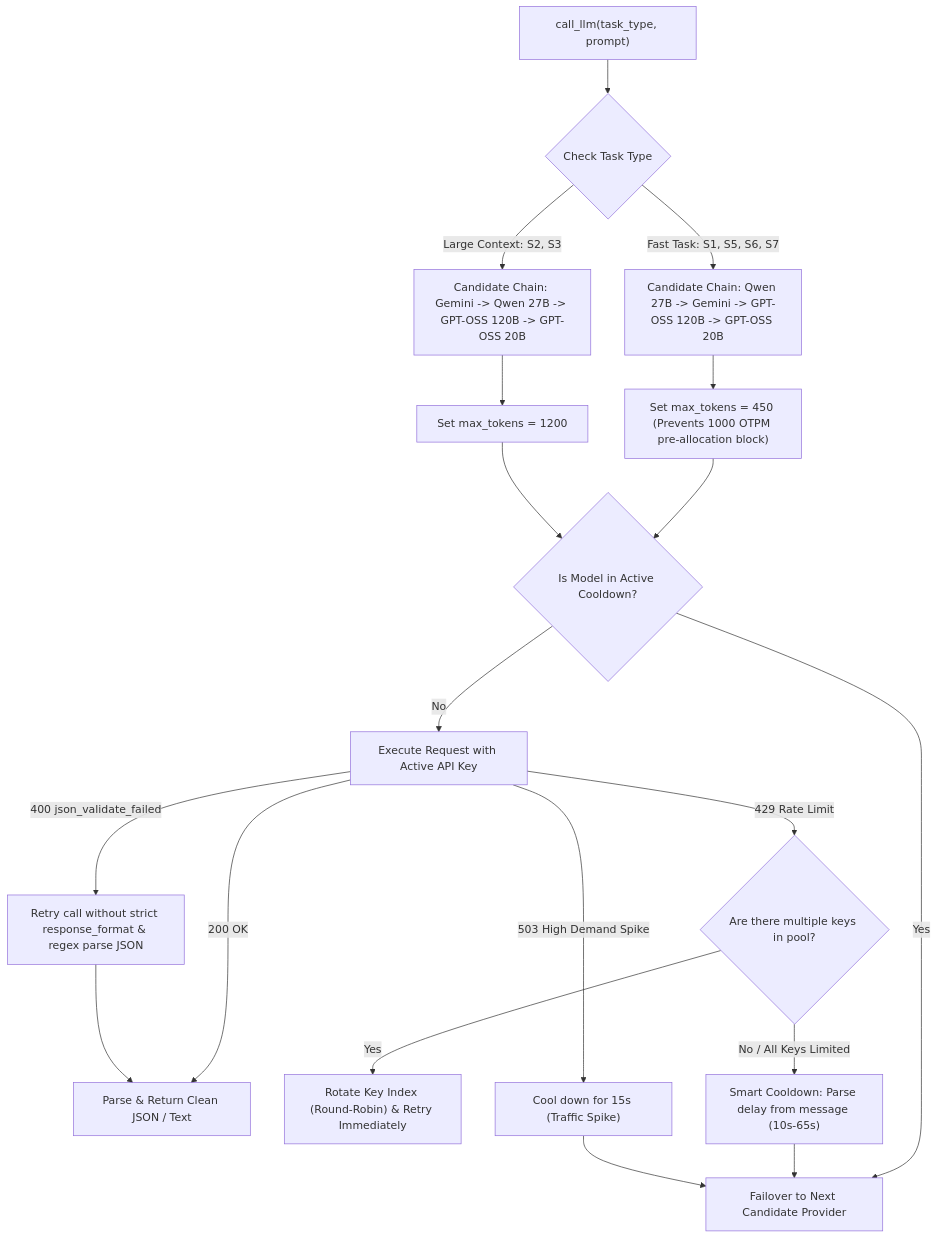
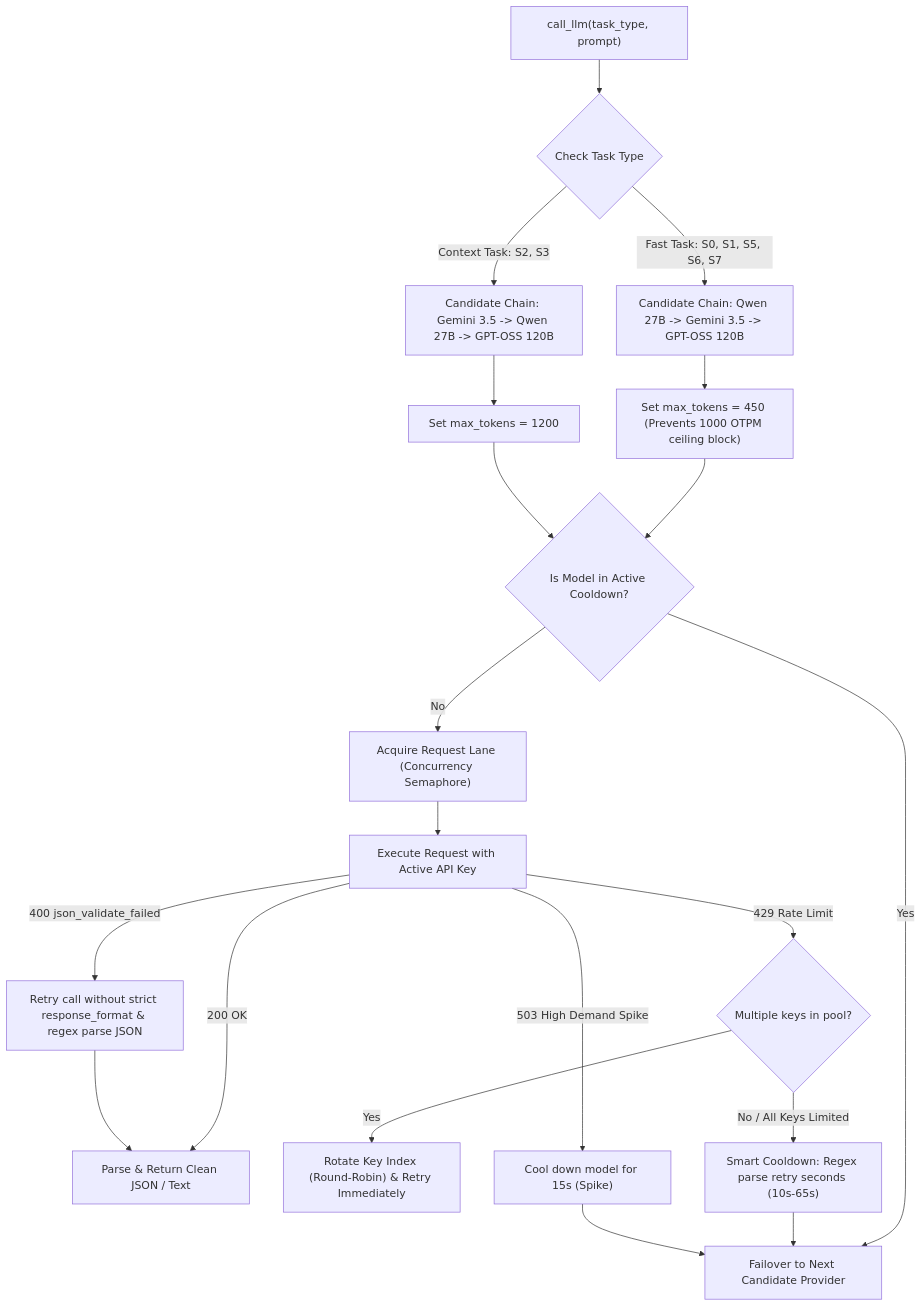
The second of 2 diagrams in DOCUMENTATION.md (Tanishq-Haldiya/GTM_Outreach_Agent), drawn with Mermaid before and after one commit. The commit also changed other lines of this file and 22 other files, not shown here.

````diff
--- a/DOCUMENTATION.md
+++ b/DOCUMENTATION.md
@@ -268,28 +408,30 @@
 ```mermaid
 flowchart TD
     A["call_llm(task_type, prompt)"] --> B{"Check Task Type"}
     
-    B -->|Fast Task: S1, S5, S6, S7| C["Candidate Chain: Qwen 27B -> Gemini -> GPT-OSS 120B -> GPT-OSS 20B"]
-    B -->|Large Context: S2, S3| D["Candidate Chain: Gemini -> Qwen 27B -> GPT-OSS 120B -> GPT-OSS 20B"]
+    B -->|Fast Task: S0, S1, S5, S6, S7| C["Candidate Chain: Qwen 27B -> Gemini 3.5 -> GPT-OSS 120B"]
+    B -->|Context Task: S2, S3| D["Candidate Chain: Gemini 3.5 -> Qwen 27B -> GPT-OSS 120B"]
     
-    C --> TokensFast["Set max_tokens = 450 (Prevents 1000 OTPM pre-allocation block)"]
+    C --> TokensFast["Set max_tokens = 450 (Prevents 1000 OTPM ceiling block)"]
     D --> TokensContext["Set max_tokens = 1200"]
     
     TokensFast & TokensContext --> CooldownCheck{"Is Model in Active Cooldown?"}
     
     CooldownCheck -->|Yes| NextModel["Failover to Next Candidate Provider"]
-    CooldownCheck -->|No| ExecuteCall["Execute Request with Active API Key"]
+    CooldownCheck -->|No| LaneLock["Acquire Request Lane (Concurrency Semaphore)"]
+    
+    LaneLock --> ExecuteCall["Execute Request with Active API Key"]
     
     ExecuteCall -->|200 OK| Success["Parse & Return Clean JSON / Text"]
     
-    ExecuteCall -->|429 Rate Limit| RotateKey{"Are there multiple keys in pool?"}
+    ExecuteCall -->|429 Rate Limit| RotateKey{"Multiple keys in pool?"}
     RotateKey -->|Yes| NextKey["Rotate Key Index (Round-Robin) & Retry Immediately"]
-    RotateKey -->|No / All Keys Limited| SmartCooldown["Smart Cooldown: Parse delay from message (10s-65s)"]
+    RotateKey -->|No / All Keys Limited| SmartCooldown["Smart Cooldown: Regex parse retry seconds (10s-65s)"]
     SmartCooldown --> NextModel
     
     ExecuteCall -->|400 json_validate_failed| FallbackJSON["Retry call without strict response_format & regex parse JSON"]
     FallbackJSON --> Success
     
-    ExecuteCall -->|503 High Demand Spike| ShortCooldown["Cool down for 15s (Traffic Spike)"]
+    ExecuteCall -->|503 High Demand Spike| ShortCooldown["Cool down model for 15s (Spike)"]
     ShortCooldown --> NextModel
 ```
````
